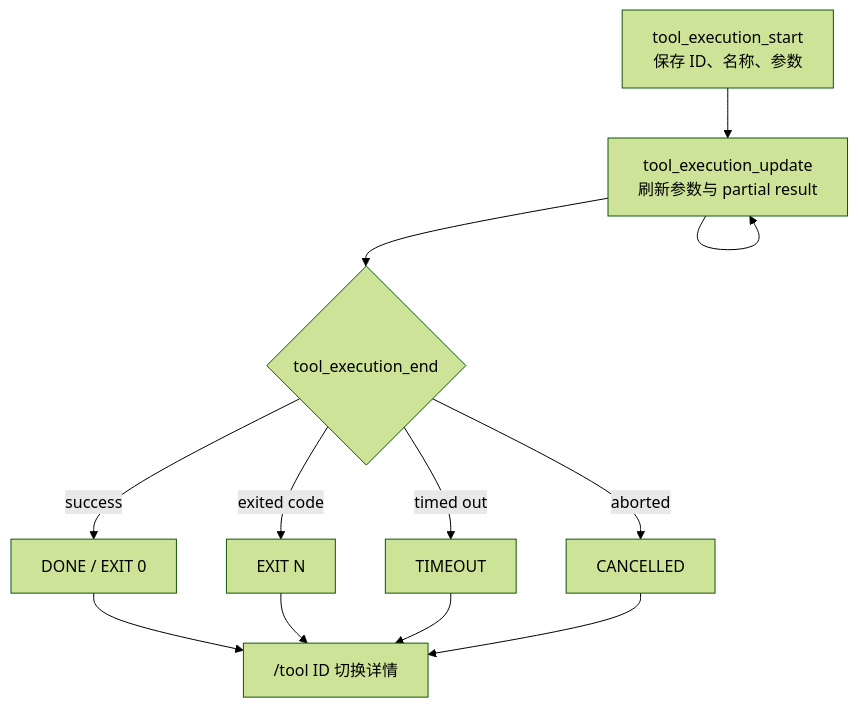
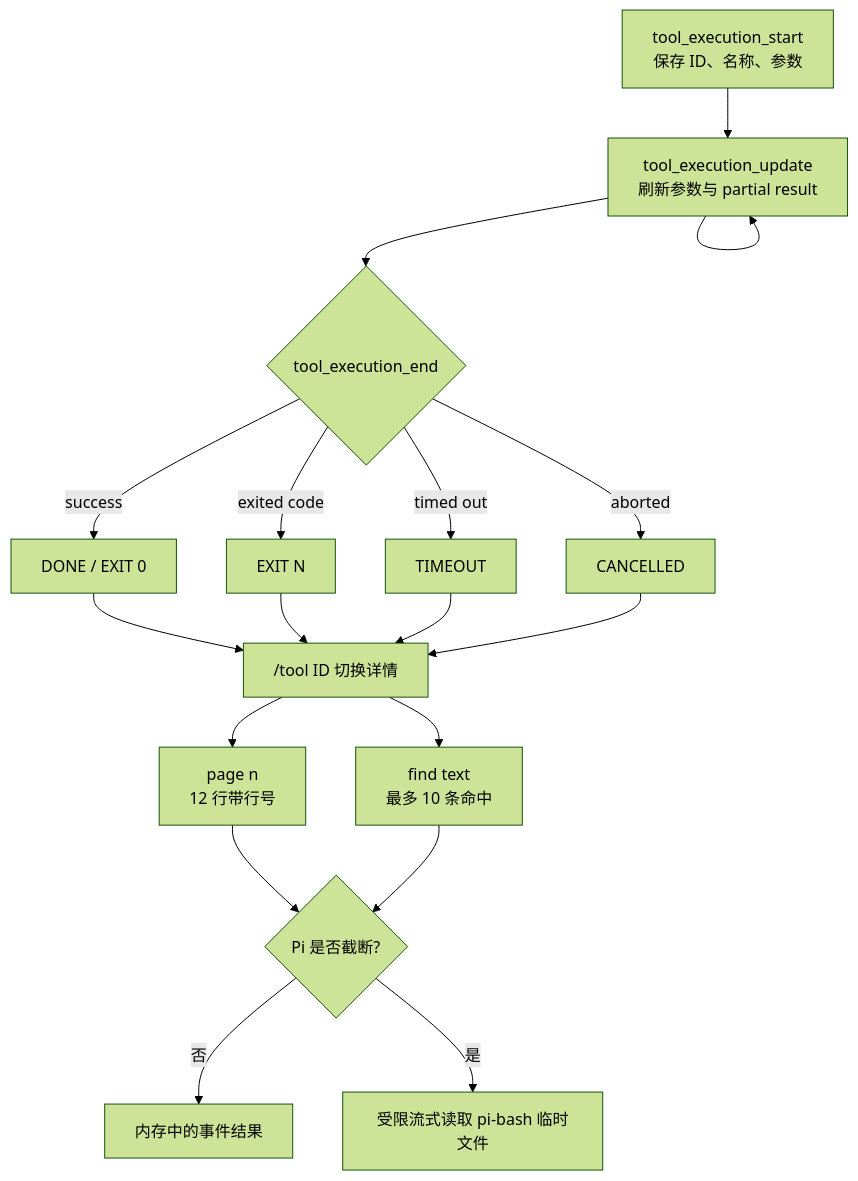
One commit to haotangyuan/deepseek-coding-agent changed the diagram in docs/tool-result-cards.md. Above: the diagram before and after it, drawn with Mermaid (forest theme). The commit also changed other lines of this file and 8 other files, not shown here.

````diff
--- a/docs/tool-result-cards.md
+++ b/docs/tool-result-cards.md
@@ -44,14 +51,20 @@
 ```mermaid
 flowchart TD
     S["tool_execution_start<br/>保存 ID、名称、参数"] --> U["tool_execution_update<br/>刷新参数与 partial result"]
     U --> U
     U --> E{"tool_execution_end"}
     E -->|"success"| D["DONE / EXIT 0"]
     E -->|"exited code"| N["EXIT N"]
     E -->|"timed out"| T["TIMEOUT"]
     E -->|"aborted"| C["CANCELLED"]
     D --> X["/tool ID 切换详情"]
     N --> X
     T --> X
     C --> X
+    X --> P["page n<br/>12 行带行号"]
+    X --> F["find text<br/>最多 10 条命中"]
+    P --> M{"Pi 是否截断?"}
+    F --> M
+    M -->|"否"| I["内存中的事件结果"]
+    M -->|"是"| O["受限流式读取 pi-bash 临时文件"]
 ```
````
